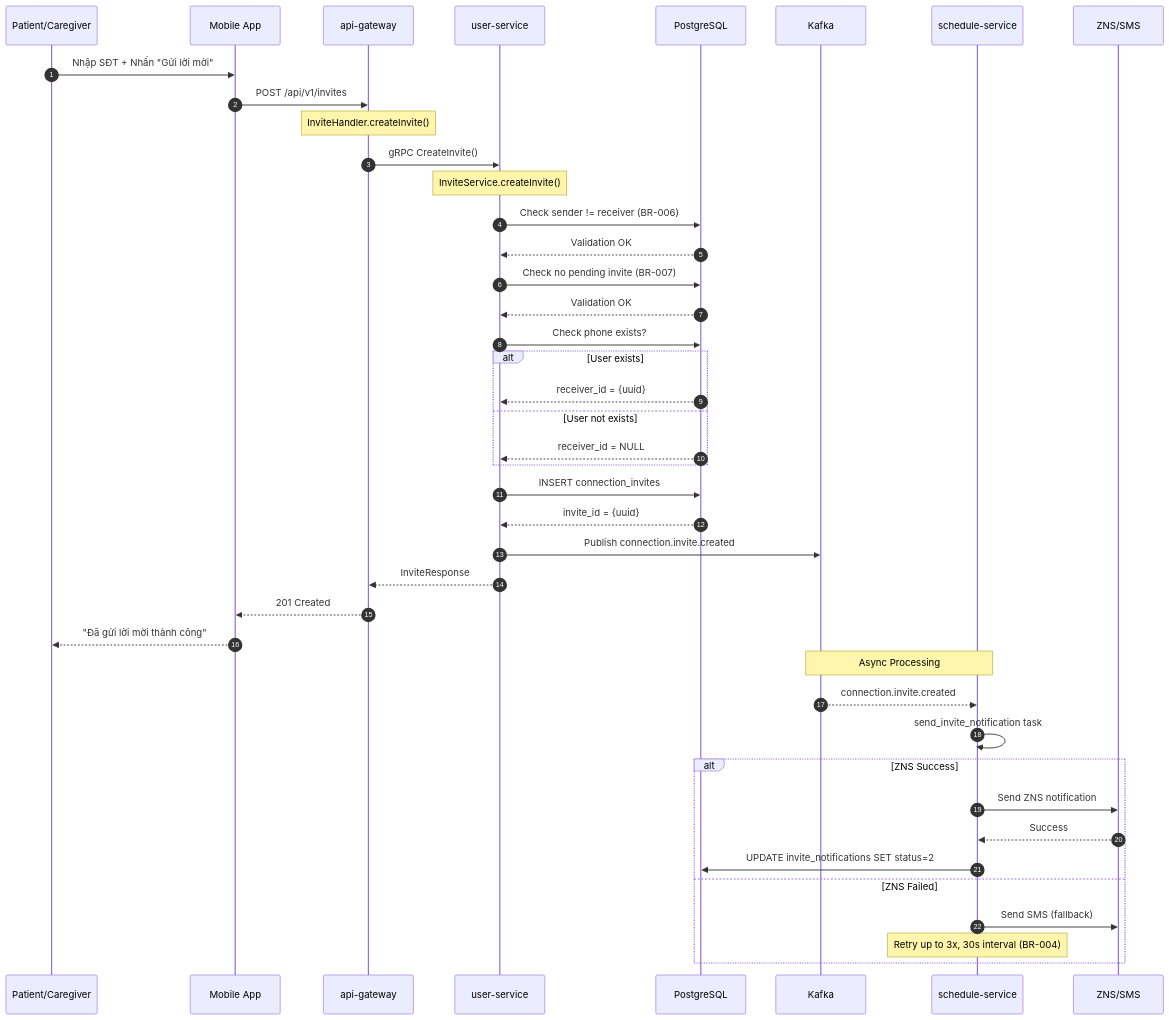
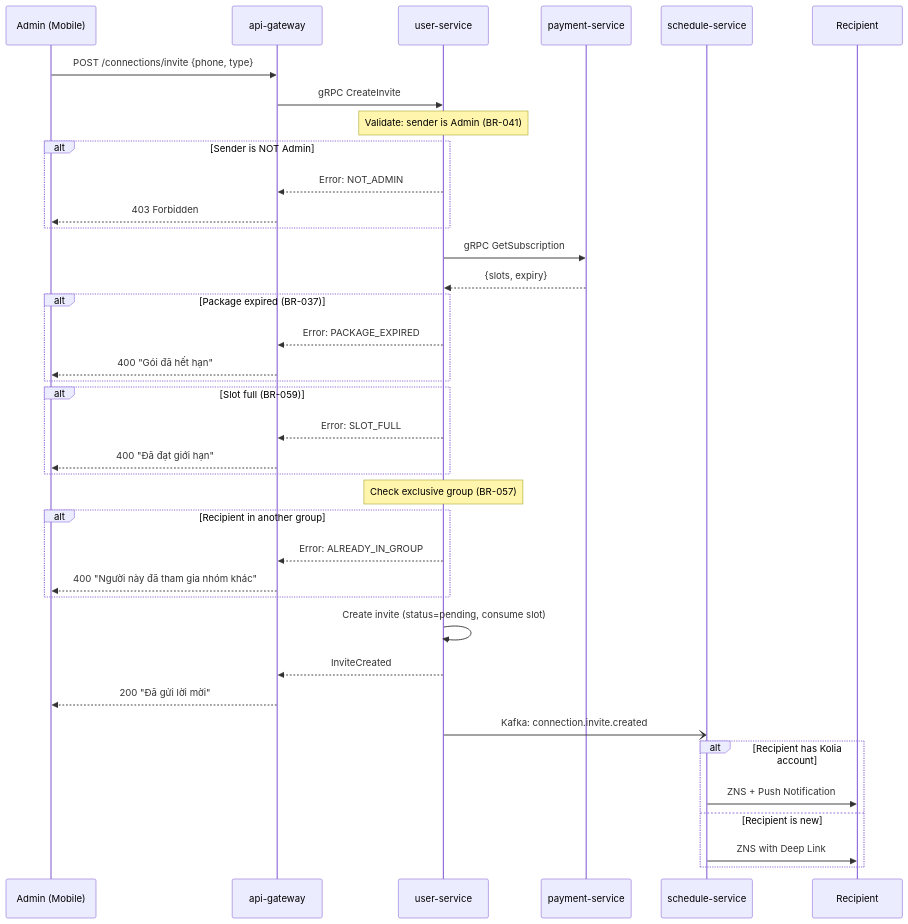
The first of 12 diagrams in nguoi_than/features/ket_noi_nguoi_than/02_planning/sequence-diagram.md (huynv-osp/kolia-huynv-local), drawn with Mermaid before and after one commit. The commit also changed other lines of this file and 30 other files, not shown here.

````diff
--- a/nguoi_than/features/ket_noi_nguoi_than/02_planning/sequence-diagram.md
+++ b/nguoi_than/features/ket_noi_nguoi_than/02_planning/sequence-diagram.md
@@ -11,54 +12,49 @@
 ```mermaid
 sequenceDiagram
-    autonumber
-    participant User as Patient/Caregiver
-    participant App as Mobile App
+    participant Admin as Admin (Mobile)
     participant GW as api-gateway
     participant US as user-service
-    participant DB as PostgreSQL
-    participant Kafka as Kafka
-    participant SCH as schedule-service
-    participant ZNS as ZNS/SMS
+    participant PS as payment-service
+    participant SS as schedule-service
+    participant R as Recipient
 
-    User->>App: Nhập SĐT + Nhấn "Gửi lời mời"
-    App->>GW: POST /api/v1/invites
-    Note over GW: InviteHandler.createInvite()
+    Admin->>GW: POST /connections/invite {phone, type}
+    GW->>US: gRPC CreateInvite
     
-    GW->>US: gRPC CreateInvite()
-    Note over US: InviteService.createInvite()
+    Note over US: Validate: sender is Admin (BR-041)
+    alt Sender is NOT Admin
+        US-->>GW: Error: NOT_ADMIN
+        GW-->>Admin: 403 Forbidden
+    end
+
+    US->>PS: gRPC GetSubscription
+    PS-->>US: {slots, expiry}
     
-    US->>DB: Check sender != receiver (BR-006)
-    DB-->>US: Validation OK
-    
-    US->>DB: Check no pending invite (BR-007)
-    DB-->>US: Validation OK
-    
-    US->>DB: Check phone exists?
-    alt User exists
-        DB-->>US: receiver_id = {uuid}
-    else User not exists
-        DB-->>US: receiver_id = NULL
+    alt Package expired (BR-037)
+        US-->>GW: Error: PACKAGE_EXPIRED
+        GW-->>Admin: 400 "Gói đã hết hạn"
     end
     
-    US->>DB: INSERT connection_invites
-    DB-->>US: invite_id = {uuid}
+    alt Slot full (BR-059)
+        US-->>GW: Error: SLOT_FULL
+        GW-->>Admin: 400 "Đã đạt giới hạn"
+    end
+
+    Note over US: Check exclusive group (BR-057)
+    alt Recipient in another group
+        US-->>GW: Error: ALREADY_IN_GROUP
+        GW-->>Admin: 400 "Người này đã tham gia nhóm khác"
+    end
+
+    US->>US: Create invite (status=pending, consume slot)
+    US-->>GW: InviteCreated
+    GW-->>Admin: 200 "Đã gửi lời mời"
     
-    US->>Kafka: Publish connection.invite.created
+    US-)SS: Kafka: connection.invite.created
     
-    US-->>GW: InviteResponse
-    GW-->>App: 201 Created
-    App-->>User: "Đã gửi lời mời thành công"
-    
-    Note over Kafka,SCH: Async Processing
-    Kafka-->>SCH: connection.invite.created
-    SCH->>SCH: send_invite_notification task
-    
-    alt ZNS Success
-        SCH->>ZNS: Send ZNS notification
-        ZNS-->>SCH: Success
-        SCH->>DB: UPDATE invite_notifications SET status=2
-    else ZNS Failed
-        SCH->>ZNS: Send SMS (fallback)
-        Note over SCH: Retry up to 3x, 30s interval (BR-004)
+    alt Recipient has Kolia account
+        SS->>R: ZNS + Push Notification
+    else Recipient is new
+        SS->>R: ZNS with Deep Link
     end
 ```
````
